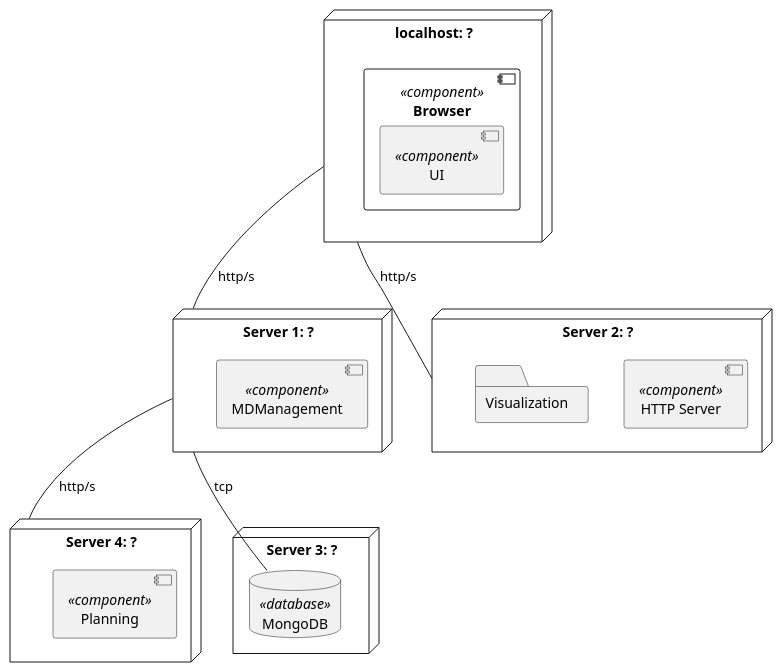
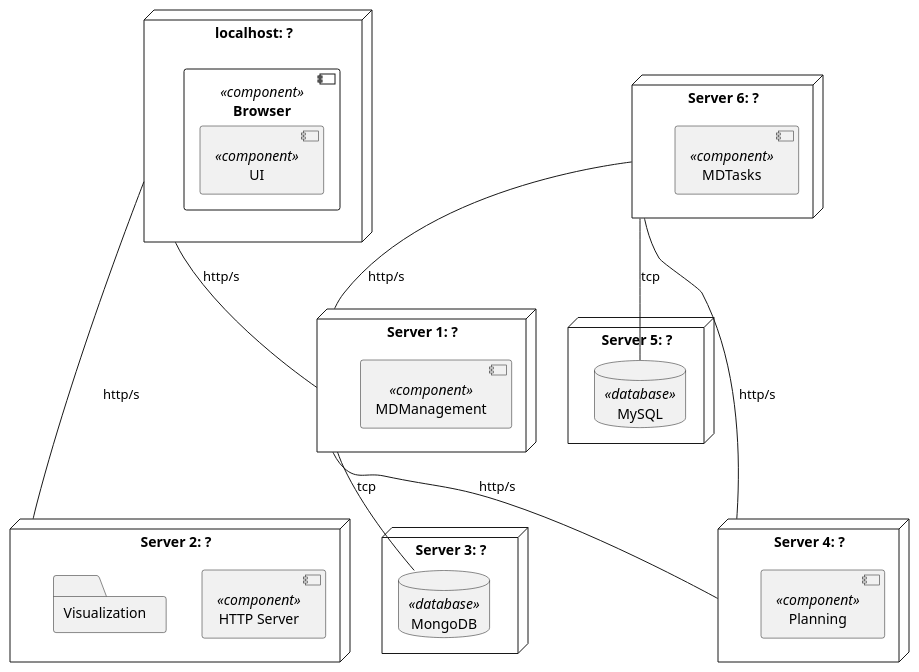
The diagram in _wiki/views/level-2/physical-view/prod-physical-view.puml (miseEnPlace-dev/lapr5), drawn with PlantUML before and after one commit. The commit also changed 14 other files, not shown here.

```diff
--- a/_wiki/views/level-2/physical-view/prod-physical-view.puml
+++ b/_wiki/views/level-2/physical-view/prod-physical-view.puml
@@ -1,37 +1,50 @@
 @startuml prod-physical-view
 
 node "localhost: ?" as LOCAL {
   component "Browser" as B <<component>> {
     component "UI" as UI <<component>> {
     }
   }
 }
 
 node "Server 1: ?" as S1 {
   component "MDManagement" as MDM <<component>> { 
   }
 }
 
 node "Server 4: ?" as S4 {
   component "Planning" as P <<component>>  { 
   }
 }
 
+node "Server 6: ?" as S6 {
+  component "MDTasks" as MDT <<component>>  { 
+  }
+}
+
 node "Server 3: ?" as S3 {
   database "MongoDB" as DB <<database>> {
+  }
+}
+
+node "Server 5: ?" as S5 {
+  database "MySQL" as MYSQLDB <<database>> {
   }
 }
 
 node "Server 2: ?" as S2 {
   component "HTTP Server" as SERV <<component>> { 
   }
   folder "Visualization" as V {
   }
 } 
 
 LOCAL -- S1 : http/s
-LOCAL -- S2 : http/s
+LOCAL --- S2 : http/s
 S1 -- DB : tcp
 S1 -- S4 : http/s
+S6 -- MYSQLDB : tcp
+S6 -- S4 : http/s
+S6 -- S1 : http/s
 
 @enduml
```
